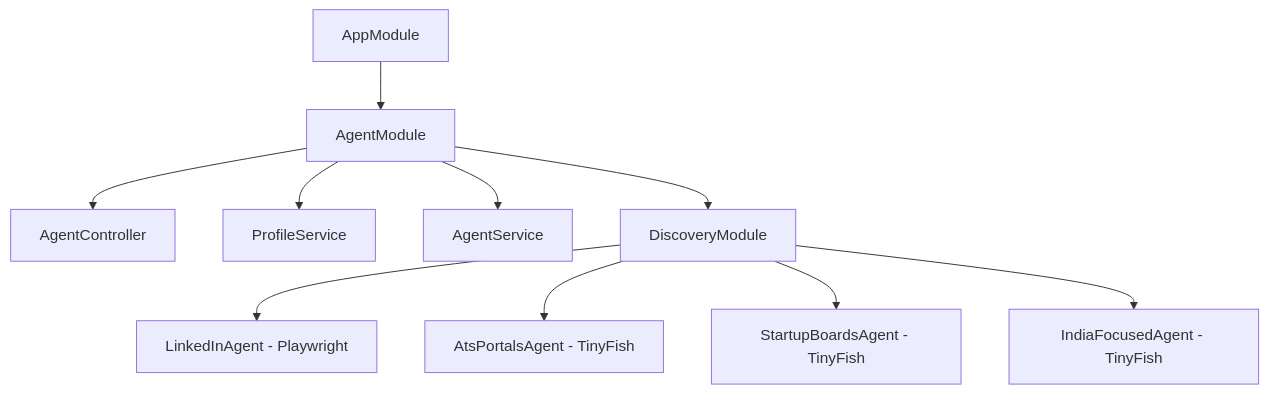
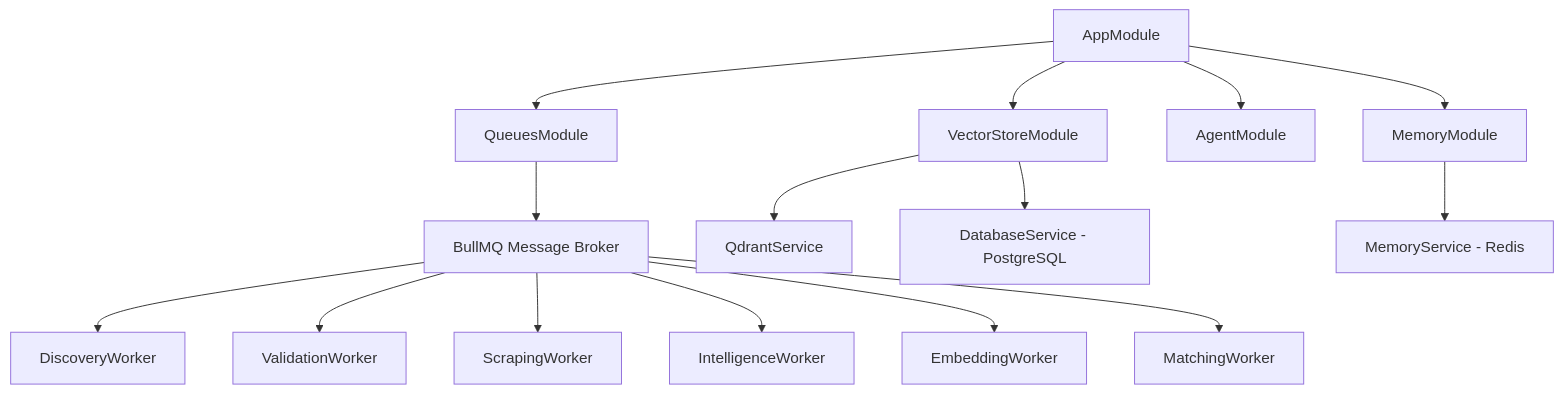
Before and after one commit to supersparton/CareerAtlas: the diagram in wiki/concepts/architecture.md, drawn with Mermaid. The commit also changed other lines of this file and 3 other files, not shown here.

````diff
--- a/wiki/concepts/architecture.md
+++ b/wiki/concepts/architecture.md
@@ -24,12 +26,19 @@
 ```mermaid
 graph TD
-    A[AppModule] --> B[AgentModule]
-    B --> C[AgentController]
-    B --> D[ProfileService]
-    B --> E[AgentService]
-    B --> F[DiscoveryModule]
-    F --> G[LinkedInAgent - Playwright]
-    F --> H[AtsPortalsAgent - TinyFish]
-    F --> I[StartupBoardsAgent - TinyFish]
-    F --> J[IndiaFocusedAgent - TinyFish]
+    A[AppModule] --> B[QueuesModule]
+    A --> C[VectorStoreModule]
+    A --> D[AgentModule]
+    A --> E[MemoryModule]
+
+    B --> F[BullMQ Message Broker]
+    F --> G[DiscoveryWorker]
+    F --> H[ValidationWorker]
+    F --> I[ScrapingWorker]
+    F --> J[IntelligenceWorker]
+    F --> K[EmbeddingWorker]
+    F --> L[MatchingWorker]
+
+    C --> M[QdrantService]
+    C --> N[DatabaseService - PostgreSQL]
+    E --> O[MemoryService - Redis]
 ```
````
